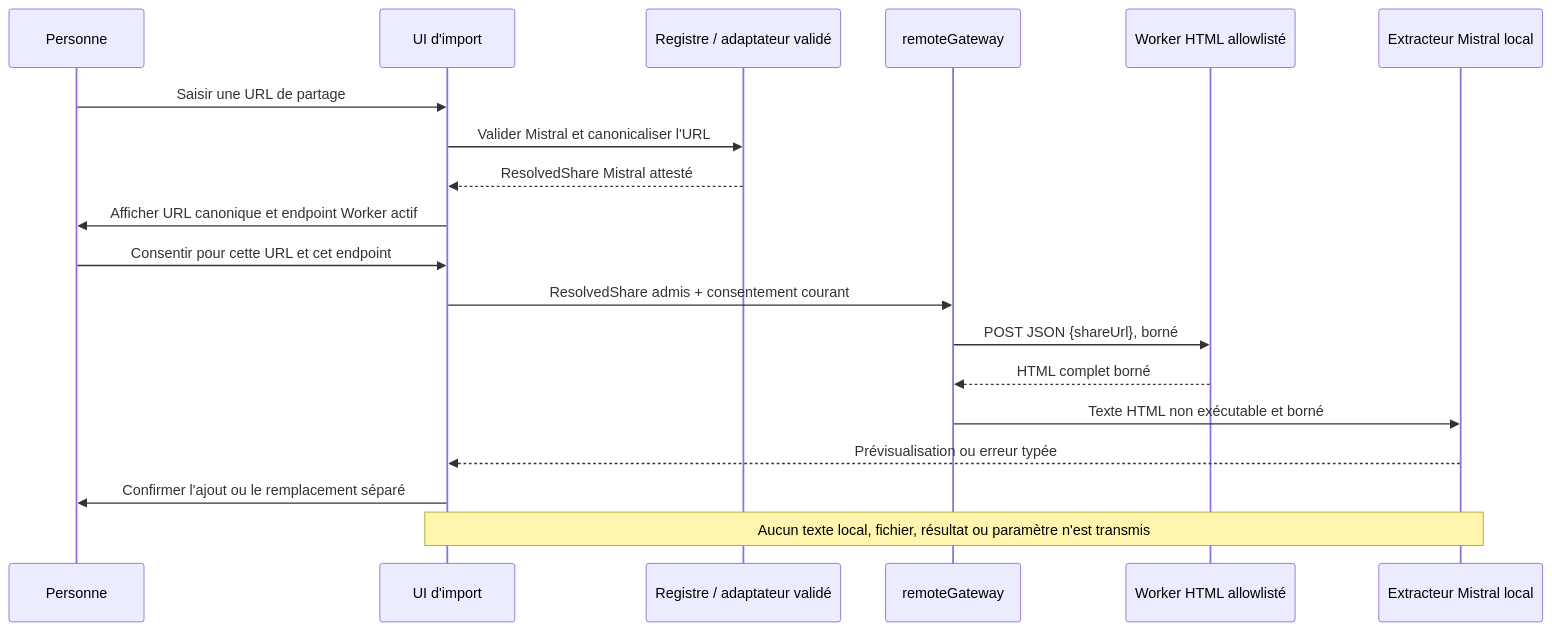
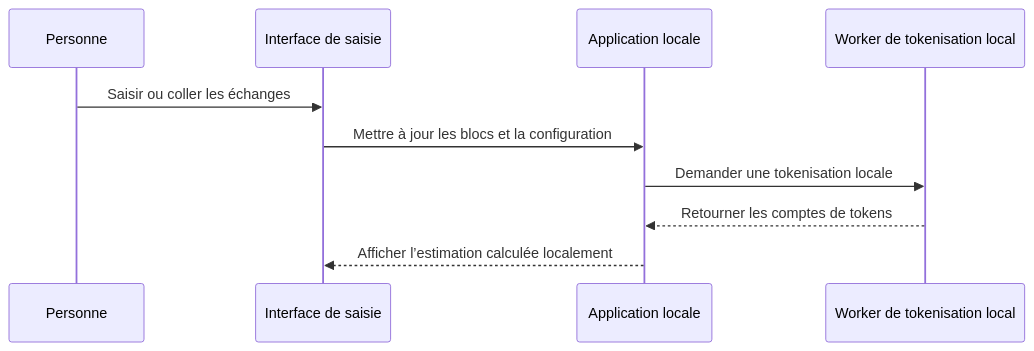
One commit to felixmortas/ai-inf-calculator changed the third of 3 diagrams in _bmad-output/planning-artifacts/architecture/architecture-ai-env-impact-calculator-2026-09-18/ARCHITECTURE-SPINE.md. Above: the diagram before and after it, drawn with Mermaid. The commit also changed other lines of this file and 73 other files, not shown here.

Commit message:
remove import conv from URL feature

````diff
--- a/_bmad-output/planning-artifacts/architecture/architecture-ai-env-impact-calculator-2026-09-18/ARCHITECTURE-SPINE.md
+++ b/_bmad-output/planning-artifacts/architecture/architecture-ai-env-impact-calculator-2026-09-18/ARCHITECTURE-SPINE.md
@@ -143,21 +133,12 @@
 ```mermaid
 sequenceDiagram
   participant U as Personne
-  participant UI as UI d'import
-  participant R as Registre / adaptateur validé
-  participant G as remoteGateway
-  participant W as Worker HTML allowlisté
-  participant X as Extracteur Mistral local
-  U->>UI: Saisir une URL de partage
-  UI->>R: Valider Mistral et canonicaliser l'URL
-  R-->>UI: ResolvedShare Mistral attesté
-  UI->>U: Afficher URL canonique et endpoint Worker actif
-  U->>UI: Consentir pour cette URL et cet endpoint
-  UI->>G: ResolvedShare admis + consentement courant
-  G->>W: POST JSON {shareUrl}, borné
-  W-->>G: HTML complet borné
-  G->>X: Texte HTML non exécutable et borné
-  X-->>UI: Prévisualisation ou erreur typée
-  UI->>U: Confirmer l'ajout ou le remplacement séparé
-  Note over UI,X: Aucun texte local, fichier, résultat ou paramètre n'est transmis
+  participant UI as Interface de saisie
+  participant A as Application locale
+  participant T as Worker de tokenisation local
+  U->>UI: Saisir ou coller les échanges
+  UI->>A: Mettre à jour les blocs et la configuration
+  A->>T: Demander une tokenisation locale
+  T-->>A: Retourner les comptes de tokens
+  A-->>UI: Afficher l’estimation calculée localement
 ```
````
